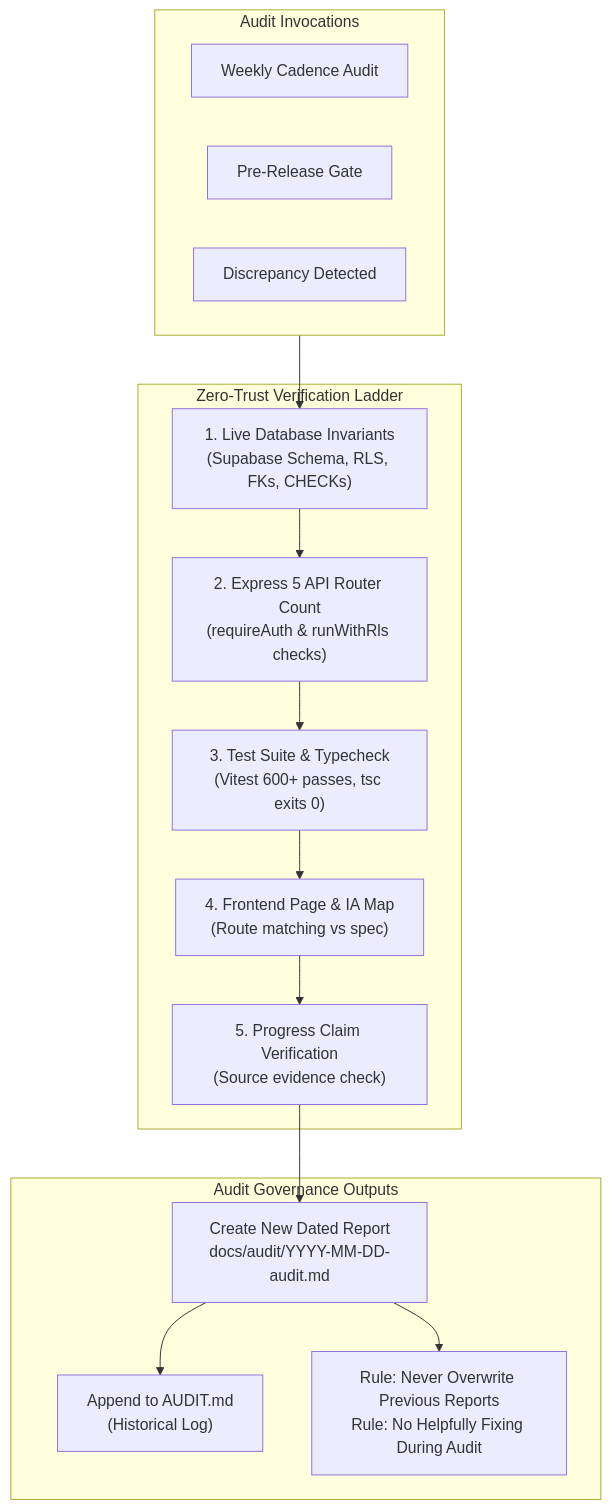
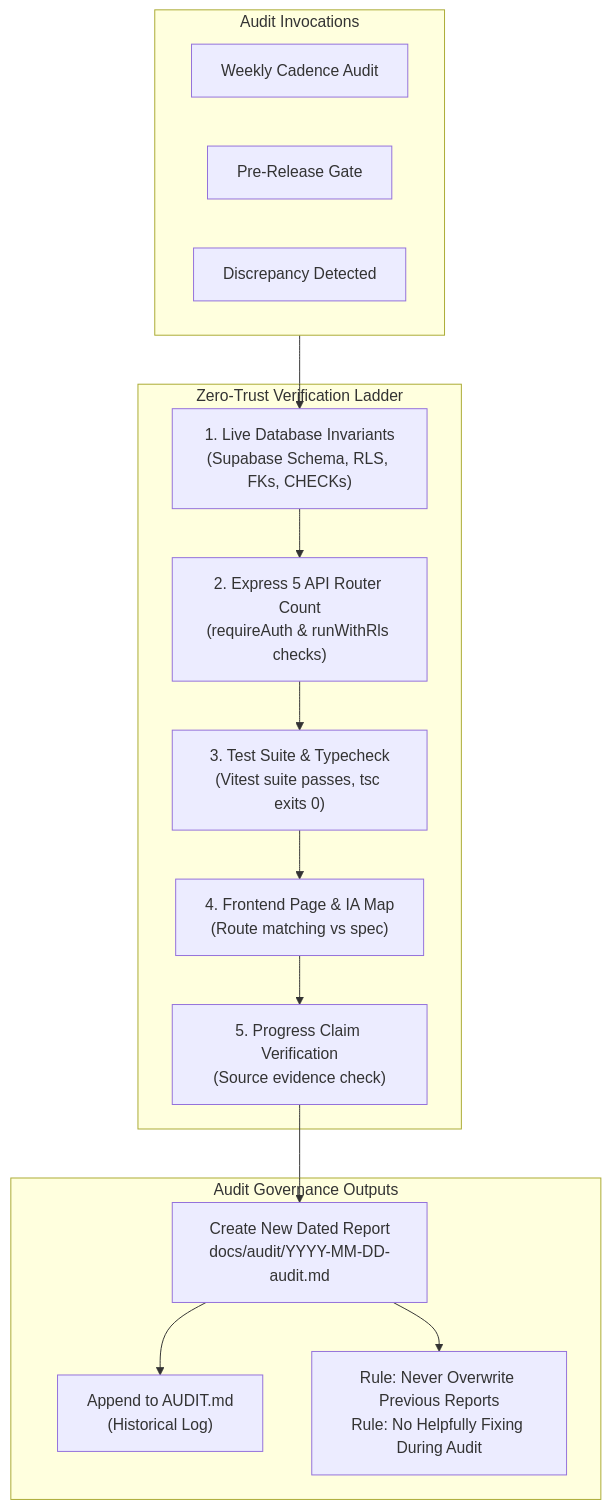
Before and after one commit to Driftloom/TaskOS: the diagram in docs/governance/zero-trust-audit-prompt.md, drawn with Mermaid. The commit also changed other lines of this file and 18 other files, not shown here.

````diff
--- a/docs/governance/zero-trust-audit-prompt.md
+++ b/docs/governance/zero-trust-audit-prompt.md
@@ -11,32 +11,32 @@
 ```mermaid
 flowchart TD
     subgraph Trigger ["Audit Invocations"]
         WeeklySchedule["Weekly Cadence Audit"]
         PreLandingGate["Pre-Release Gate"]
         Discrepancy["Discrepancy Detected"]
     end
 
     subgraph VerificationLadder ["Zero-Trust Verification Ladder"]
         Step1["1. Live Database Invariants<br/>(Supabase Schema, RLS, FKs, CHECKs)"]
         Step2["2. Express 5 API Router Count<br/>(requireAuth & runWithRls checks)"]
-        Step3["3. Test Suite & Typecheck<br/>(Vitest 600+ passes, tsc exits 0)"]
+        Step3["3. Test Suite & Typecheck<br/>(Vitest suite passes, tsc exits 0)"]
         Step4["4. Frontend Page & IA Map<br/>(Route matching vs spec)"]
         Step5["5. Progress Claim Verification<br/>(Source evidence check)"]
     end
 
     subgraph GovernanceArtifacts ["Audit Governance Outputs"]
         NewDatedReport["Create New Dated Report<br/>docs/audit/YYYY-MM-DD-audit.md"]
         UpdateAuditLog["Append to AUDIT.md<br/>(Historical Log)"]
         NoOverwrite["Rule: Never Overwrite Previous Reports<br/>Rule: No Helpfully Fixing During Audit"]
     end
 
     Trigger --> Step1
     Step1 --> Step2
     Step2 --> Step3
     Step3 --> Step4
     Step4 --> Step5
 
     Step5 --> NewDatedReport
     NewDatedReport --> UpdateAuditLog
     NewDatedReport --> NoOverwrite
 ```
````
